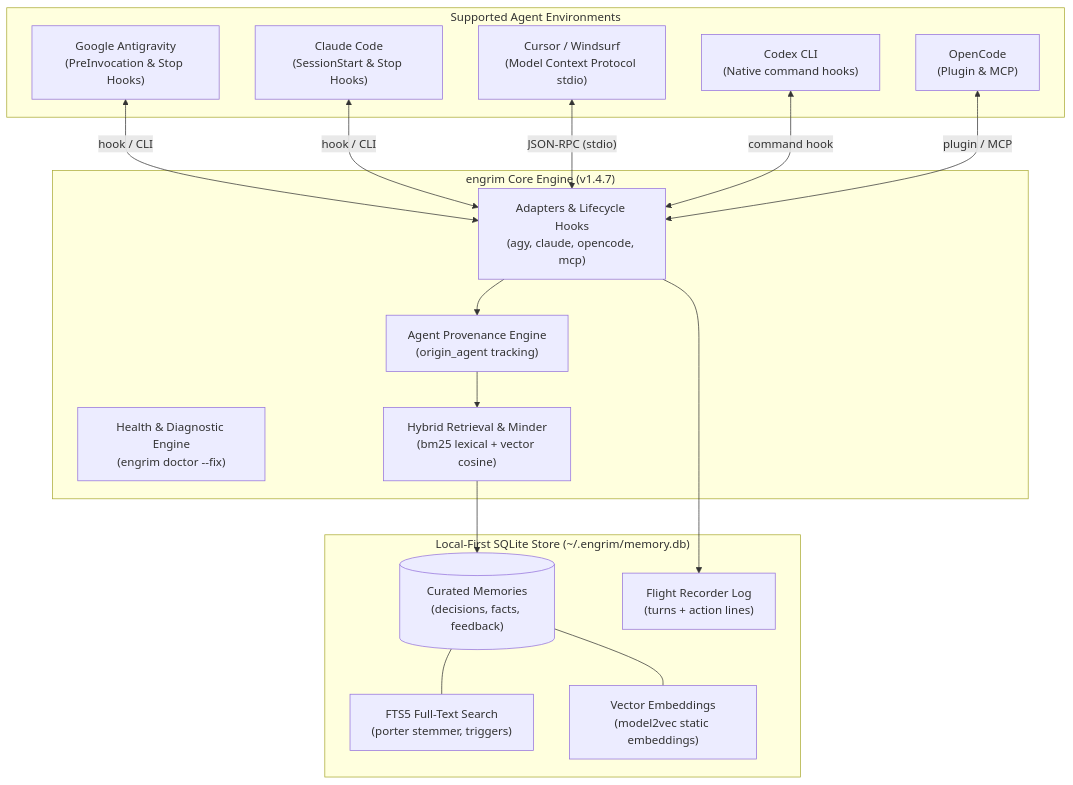
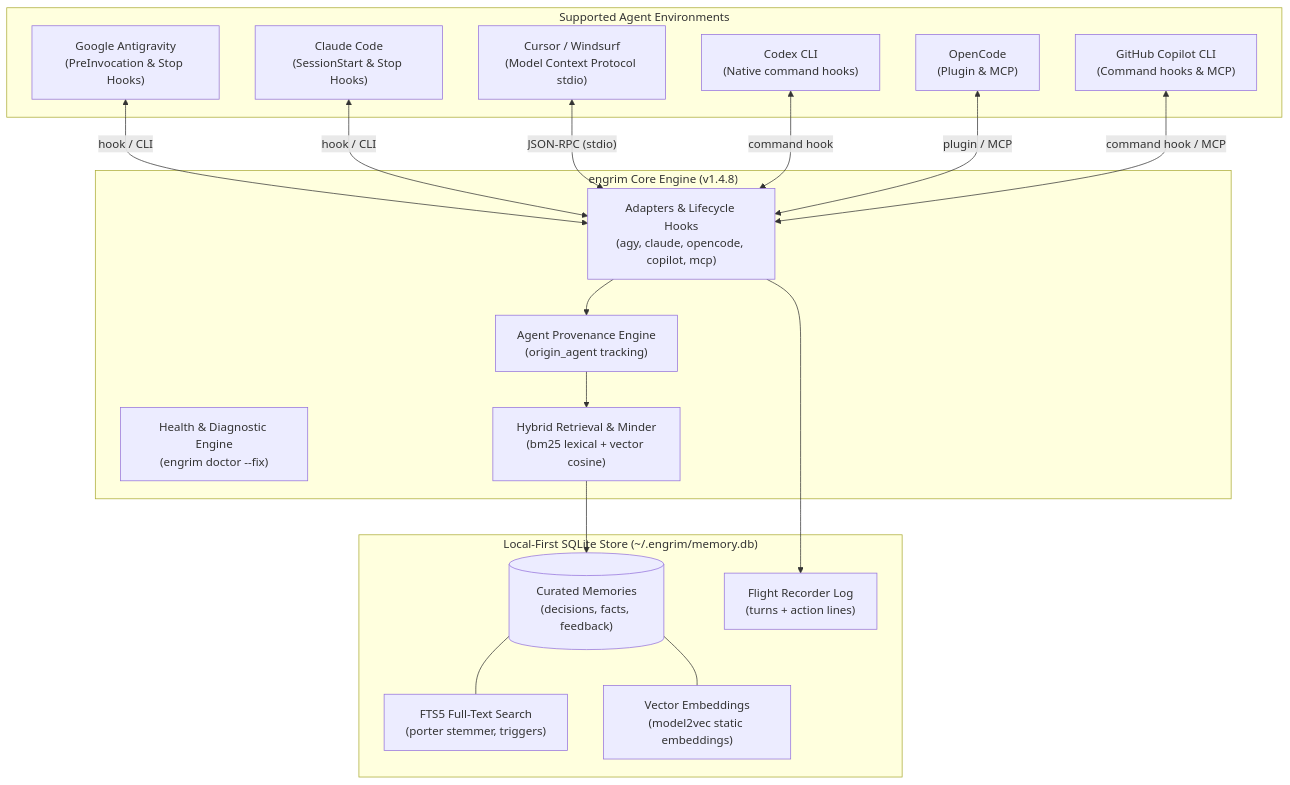
Before and after one commit to timgordontg/engrim: the diagram in README.md, drawn with Mermaid. The commit also changed other lines of this file and 11 other files, not shown here.

Commit message:
add copilot cli support

````diff
--- a/README.md
+++ b/README.md
@@ -39,36 +39,38 @@
 ```mermaid
 graph TD
     subgraph Agents ["Supported Agent Environments"]
         AGY["Google Antigravity<br/>(PreInvocation & Stop Hooks)"]
         CLAUDE["Claude Code<br/>(SessionStart & Stop Hooks)"]
         CURSOR["Cursor / Windsurf<br/>(Model Context Protocol stdio)"]
         CODEX["Codex CLI<br/>(Native command hooks)"]
         OPENCODE["OpenCode<br/>(Plugin & MCP)"]
+        COPILOT["GitHub Copilot CLI<br/>(Command hooks & MCP)"]
     end
 
-    subgraph CoreEngine ["engrim Core Engine (v1.4.7)"]
-        ADAPTERS["Adapters & Lifecycle Hooks<br/>(agy, claude, opencode, mcp)"]
+    subgraph CoreEngine ["engrim Core Engine (v1.4.8)"]
+        ADAPTERS["Adapters & Lifecycle Hooks<br/>(agy, claude, opencode, copilot, mcp)"]
         DOCTOR["Health & Diagnostic Engine<br/>(engrim doctor --fix)"]
         PROVENANCE["Agent Provenance Engine<br/>(origin_agent tracking)"]
         ROUTER["Hybrid Retrieval & Minder<br/>(bm25 lexical + vector cosine)"]
     end
 
     subgraph Storage ["Local-First SQLite Store (~/.engrim/memory.db)"]
         MEMORIES[("Curated Memories<br/>(decisions, facts, feedback)")]
         FTS5["FTS5 Full-Text Search<br/>(porter stemmer, triggers)"]
         VEC["Vector Embeddings<br/>(model2vec static embeddings)"]
         LOG["Flight Recorder Log<br/>(turns + action lines)"]
     end
 
     AGY <-->|"hook / CLI"| ADAPTERS
     CLAUDE <-->|"hook / CLI"| ADAPTERS
     CURSOR <-->|"JSON-RPC (stdio)"| ADAPTERS
     CODEX <-->|"command hook"| ADAPTERS
     OPENCODE <-->|"plugin / MCP"| ADAPTERS
+    COPILOT <-->|"command hook / MCP"| ADAPTERS
     ADAPTERS --> PROVENANCE
     PROVENANCE --> ROUTER
     ROUTER --> MEMORIES
     MEMORIES --- FTS5
     MEMORIES --- VEC
     ADAPTERS --> LOG
 ```
````
